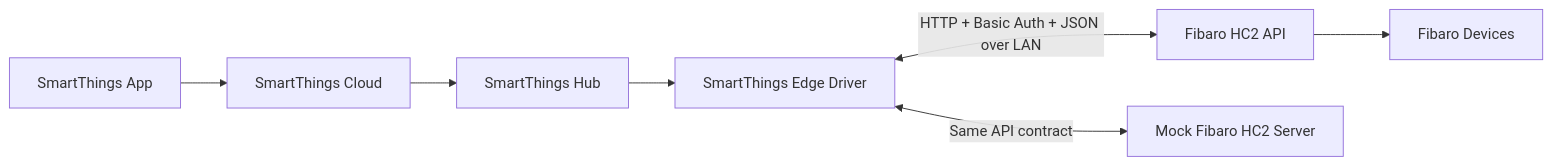
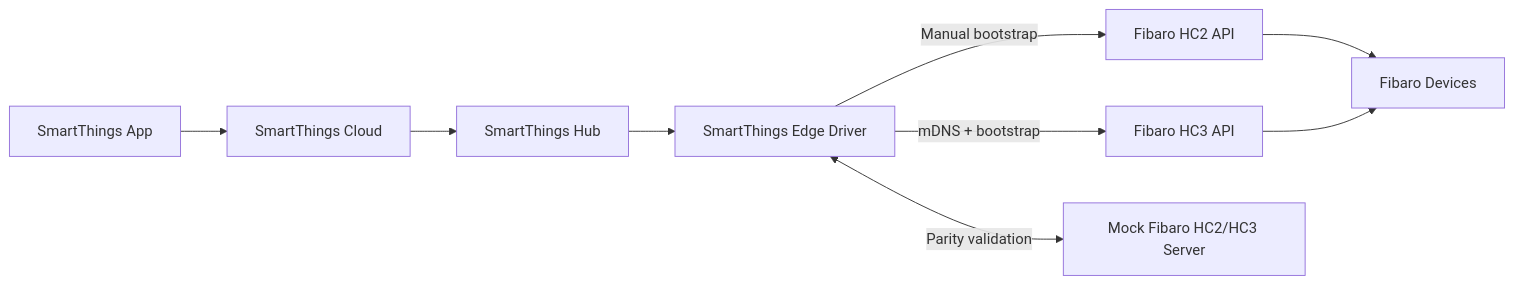
Before and after one commit to prabuSKP/SmartThingsEdgeDrivers: the diagram in docs/fibaro/ARCHITECTURE.md, drawn with Mermaid. The commit also changed other lines of this file and 15 other files, not shown here.

Commit message:
Add HC3 mDNS discovery and bootstrap sync

````diff
--- a/docs/fibaro/ARCHITECTURE.md
+++ b/docs/fibaro/ARCHITECTURE.md
@@ -21,9 +22,11 @@
 ```mermaid
 flowchart LR
     A["SmartThings App"] --> B["SmartThings Cloud"]
     B --> C["SmartThings Hub"]
     C --> D["SmartThings Edge Driver"]
-    D <-->|"HTTP + Basic Auth + JSON over LAN"| E["Fibaro HC2 API"]
-    E --> F["Fibaro Devices"]
-    D <-->|"Same API contract"| G["Mock Fibaro HC2 Server"]
+    D -->|"Manual bootstrap"| E["Fibaro HC2 API"]
+    D -->|"mDNS + bootstrap"| F["Fibaro HC3 API"]
+    E --> G["Fibaro Devices"]
+    F --> G
+    D <-->|"Parity validation"| H["Mock Fibaro HC2/HC3 Server"]
 ```
````
